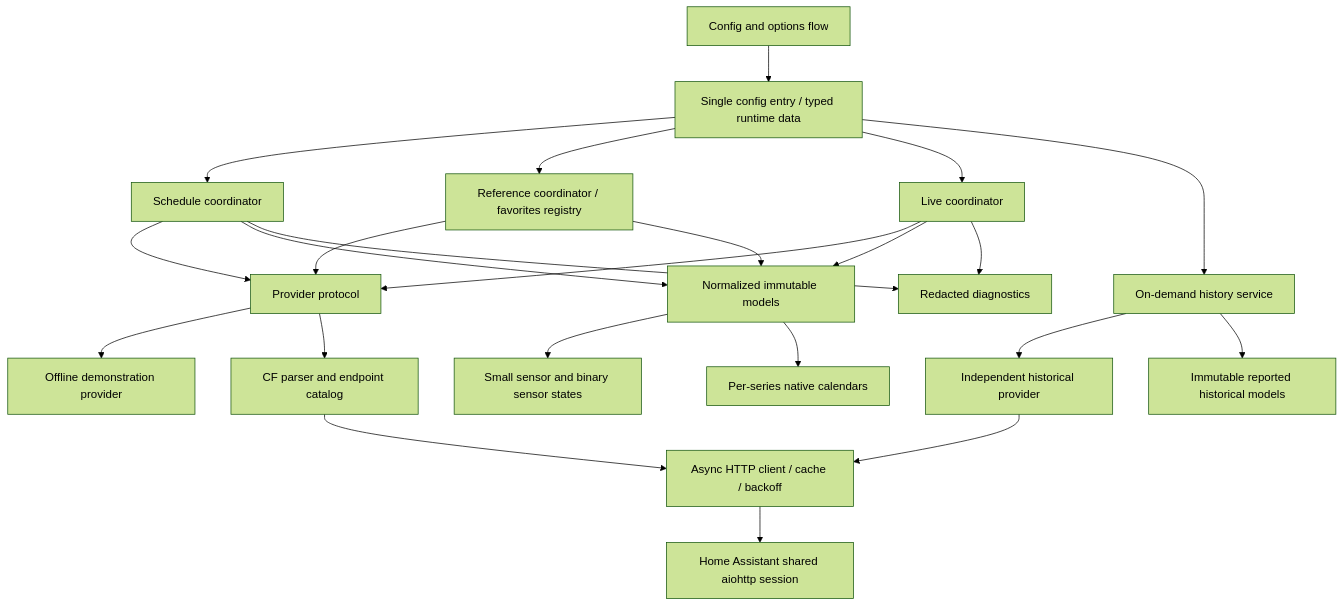
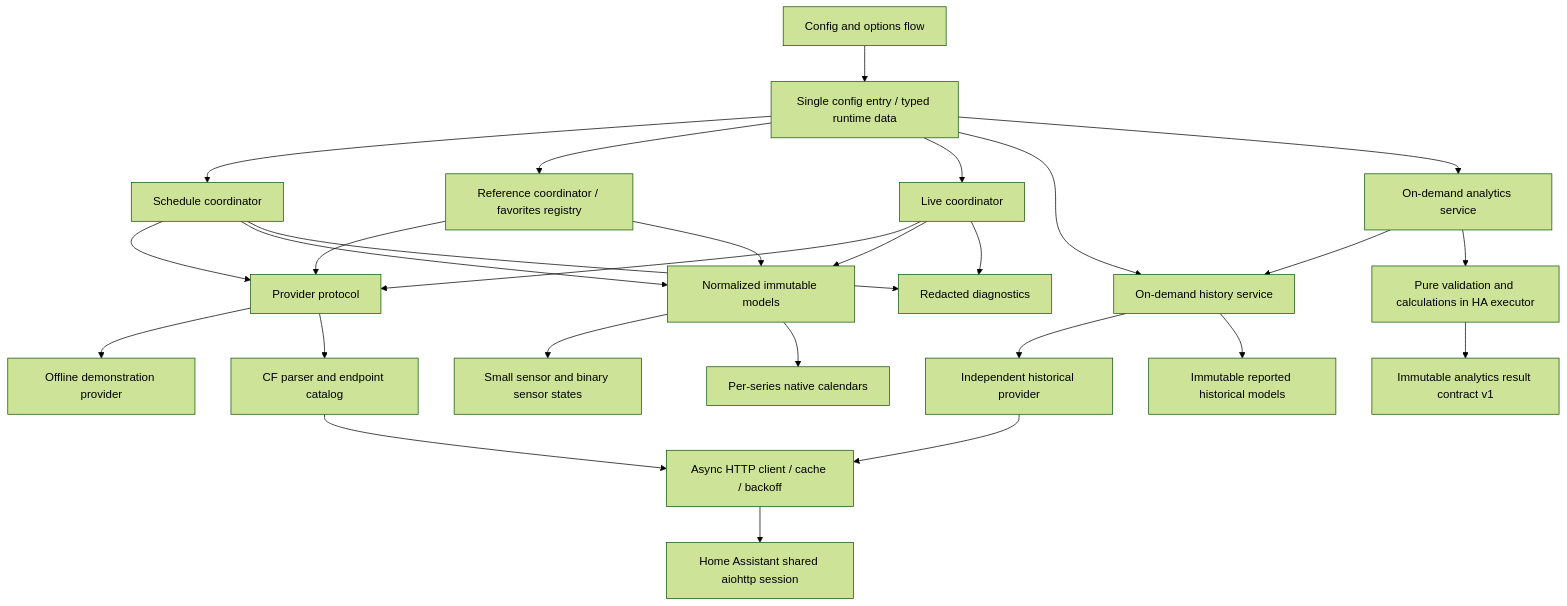
The diagram in ARCHITECTURE.md (rosslandgraf/ha-nascar-race-center), drawn with Mermaid (forest theme) before and after one commit. The commit also changed other lines of this file and 11 other files, not shown here.

````diff
--- a/ARCHITECTURE.md
+++ b/ARCHITECTURE.md
@@ -13,25 +13,29 @@
 ```mermaid
 flowchart TD
     UI[Config and options flow] --> Entry[Single config entry / typed runtime data]
     Entry --> Schedule[Schedule coordinator]
     Entry --> Reference[Reference coordinator / favorites registry]
     Entry --> Live[Live coordinator]
     Entry --> History[On-demand history service]
+    Entry --> Analytics[On-demand analytics service]
+    Analytics --> History
+    Analytics --> Calculations[Pure validation and calculations in HA executor]
+    Calculations --> AnalyticsModels[Immutable analytics result contract v1]
     History --> HistoryProvider[Independent historical provider]
     HistoryProvider --> HTTP
     History --> HistoryModels[Immutable reported historical models]
     Schedule --> Provider[Provider protocol]
     Live --> Provider
     Reference --> Provider
     Provider --> Demo[Offline demonstration provider]
     Provider --> CF[CF parser and endpoint catalog]
     CF --> HTTP[Async HTTP client / cache / backoff]
     HTTP --> Session[Home Assistant shared aiohttp session]
     Schedule --> Models[Normalized immutable models]
     Live --> Models
     Models --> Entities[Small sensor and binary sensor states]
     Models --> Calendar[Per-series native calendars]
     Reference --> Models
     Schedule --> Diagnostics[Redacted diagnostics]
     Live --> Diagnostics
 ```
````
